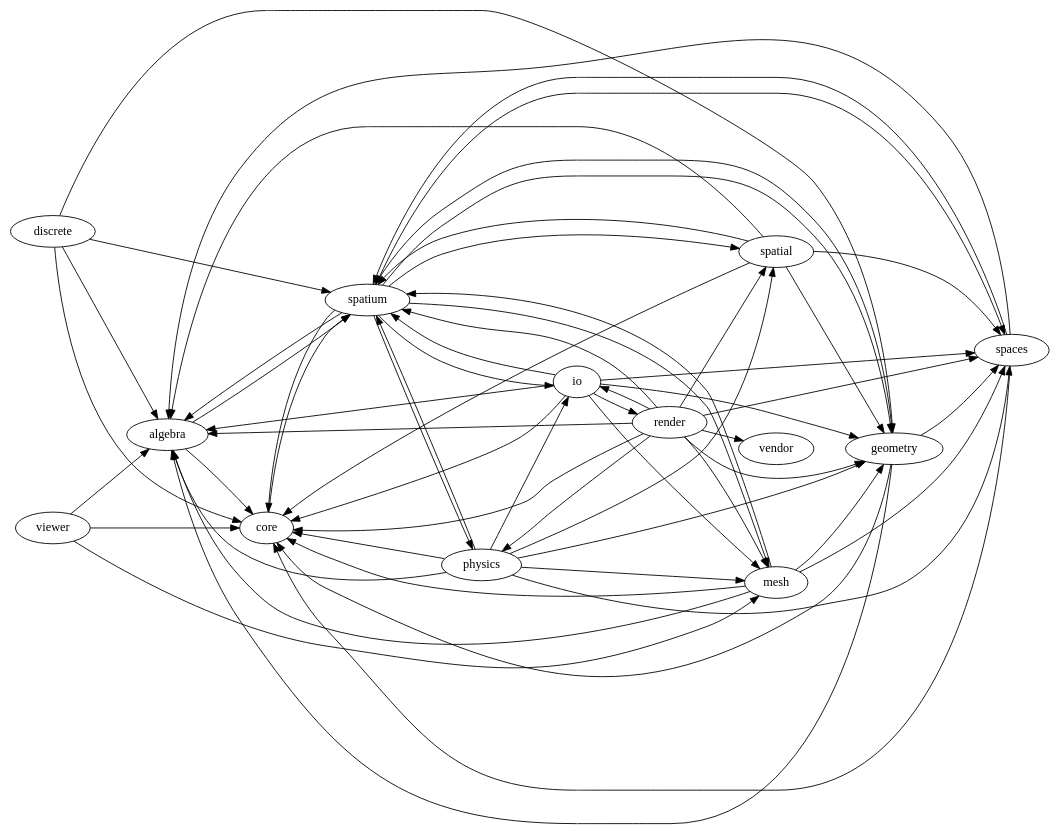
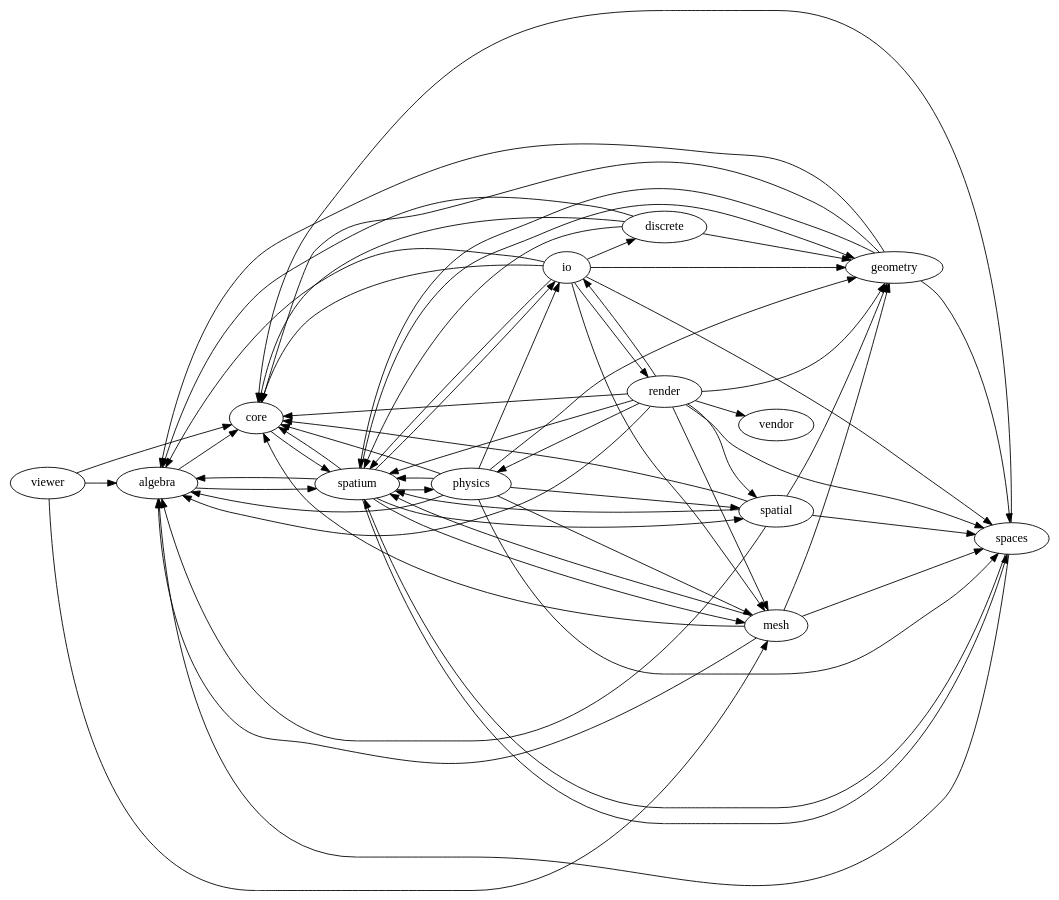
One commit to Vaniell0/spatium changed the diagram in docs/dependency-graph.dot. Above: the diagram before and after it, drawn with Graphviz. The commit also changed 27 other files, not shown here.

```diff
--- a/docs/dependency-graph.dot
+++ b/docs/dependency-graph.dot
@@ -1,63 +1,64 @@
 digraph spatium_dependencies {
     rankdir=LR;
     "algebra" -> "core";
     "algebra" -> "spatium";
     "core" -> "spatium";
     "discrete" -> "algebra";
     "discrete" -> "core";
     "discrete" -> "geometry";
     "discrete" -> "spatium";
     "geometry" -> "algebra";
     "geometry" -> "core";
     "geometry" -> "spaces";
     "geometry" -> "spatium";
     "io" -> "algebra";
     "io" -> "core";
+    "io" -> "discrete";
     "io" -> "geometry";
     "io" -> "mesh";
     "io" -> "render";
     "io" -> "spaces";
     "io" -> "spatium";
     "mesh" -> "algebra";
     "mesh" -> "core";
     "mesh" -> "geometry";
     "mesh" -> "spaces";
     "mesh" -> "spatium";
     "physics" -> "algebra";
     "physics" -> "core";
     "physics" -> "geometry";
     "physics" -> "io";
     "physics" -> "mesh";
     "physics" -> "spaces";
     "physics" -> "spatial";
     "physics" -> "spatium";
     "render" -> "algebra";
     "render" -> "core";
     "render" -> "geometry";
     "render" -> "io";
     "render" -> "mesh";
     "render" -> "physics";
     "render" -> "spaces";
     "render" -> "spatial";
     "render" -> "spatium";
     "render" -> "vendor";
     "spaces" -> "algebra";
     "spaces" -> "core";
     "spaces" -> "spatium";
     "spatial" -> "algebra";
     "spatial" -> "core";
     "spatial" -> "geometry";
     "spatial" -> "spaces";
     "spatial" -> "spatium";
     "spatium" -> "algebra";
     "spatium" -> "core";
     "spatium" -> "geometry";
     "spatium" -> "io";
     "spatium" -> "mesh";
     "spatium" -> "physics";
     "spatium" -> "spaces";
     "spatium" -> "spatial";
     "viewer" -> "algebra";
     "viewer" -> "core";
     "viewer" -> "mesh";
 }
```
